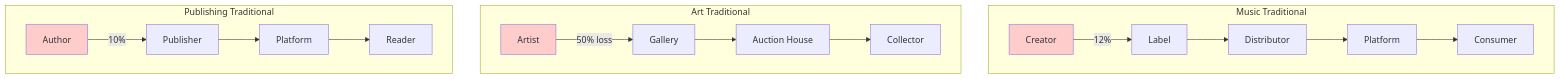
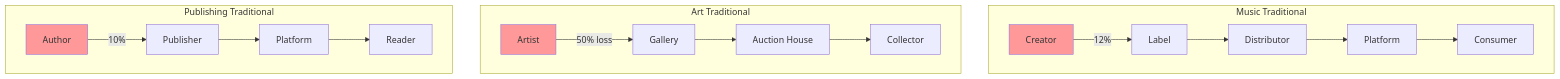
Before and after one commit to ljg-cqu/knowledge: the eighth of 22 diagrams in Industry/Blockchain/Blockchain/ValueChain/QA_ClaudeOpus.md, drawn with Mermaid. The commit also changed other lines of this file and 6 other files, not shown here.

````diff
--- a/Industry/Blockchain/Blockchain/ValueChain/QA_ClaudeOpus.md
+++ b/Industry/Blockchain/Blockchain/ValueChain/QA_ClaudeOpus.md
@@ -689,25 +689,25 @@
 ```mermaid
 graph TD
     subgraph Music Traditional
     M1[Creator] -->|12%| M2[Label]
     M2 --> M3[Distributor]
     M3 --> M4[Platform]
     M4 --> M5[Consumer]
     end
     
     subgraph Art Traditional
     A1[Artist] -->|50% loss| A2[Gallery]
     A2 --> A3[Auction House]
     A3 --> A4[Collector]
     end
     
     subgraph Publishing Traditional
     P1[Author] -->|10%| P2[Publisher]
     P2 --> P3[Platform]
     P3 --> P4[Reader]
     end
     
-    style M1 fill:#ffcccc
-    style A1 fill:#ffcccc
-    style P1 fill:#ffcccc
+    style M1 fill:#ff9999
+    style A1 fill:#ff9999
+    style P1 fill:#ff9999
 ```
````
